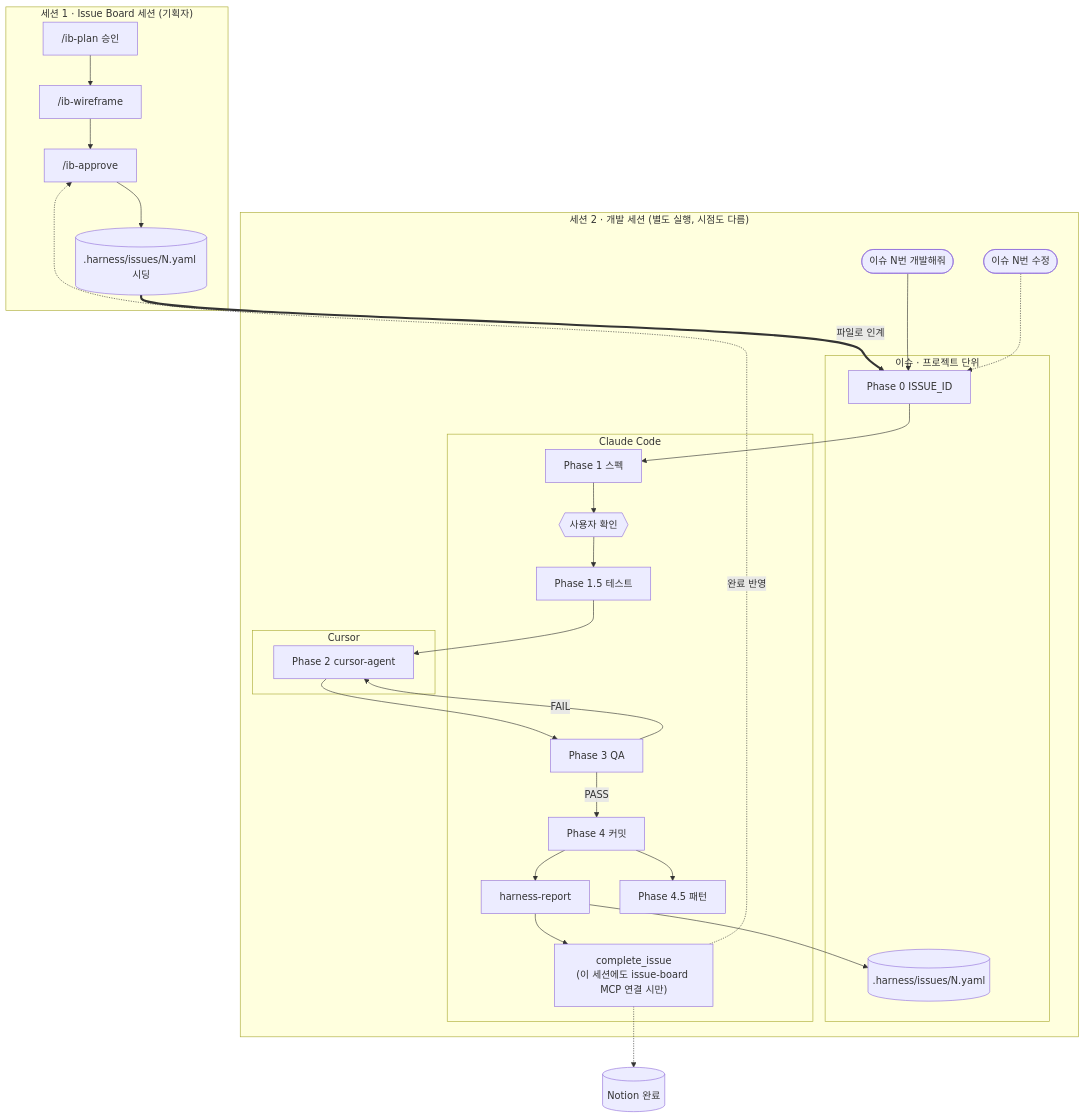
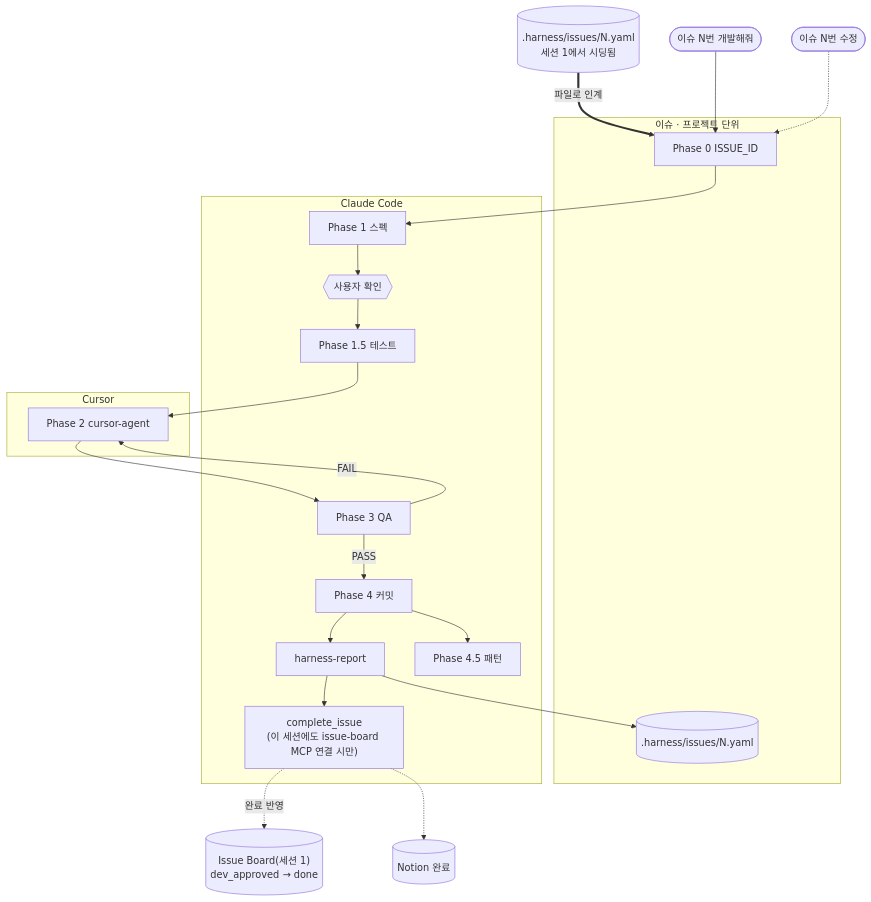
One commit to LEEHEEWON123/harness_build changed the second of 2 diagrams in README.md. Above: the diagram before and after it, drawn with Mermaid. The commit also changed other lines of this file and 5 other files, not shown here.

First line of the commit message:
feat: 루트 start:all 스크립트로 이슈보드/mcp/pattern-viewer 동시 기동

````diff
--- a/README.md
+++ b/README.md
@@ -42,39 +54,30 @@
 ```mermaid
 flowchart TB
-  subgraph S1["세션 1 · Issue Board 세션 (기획자)"]
-    IBP["/ib-plan 승인"] --> IBW["/ib-wireframe"] --> IBA["/ib-approve"]
-    IBA --> SEED[(".harness/issues/N.yaml 시딩")]
+  SEED[(".harness/issues/N.yaml<br/>세션 1에서 시딩됨")] ==파일로 인계==> P0
+  START(["이슈 N번 개발해줘"]) --> P0
+  subgraph ISSUE["이슈 · 프로젝트 단위"]
+    P0[Phase 0 ISSUE_ID]
+    STORE[(.harness/issues/N.yaml)]
   end
-
-  SEED ==파일로 인계==> P0
-
-  subgraph S2["세션 2 · 개발 세션 (별도 실행, 시점도 다름)"]
-    START(["이슈 N번 개발해줘"]) --> P0
-    subgraph ISSUE["이슈 · 프로젝트 단위"]
-      P0[Phase 0 ISSUE_ID]
-      STORE[(.harness/issues/N.yaml)]
-    end
-    subgraph CLAUDE[Claude Code]
-      P1[Phase 1 스펙]
-      GATE{{사용자 확인}}
-      P15[Phase 1.5 테스트]
-      P3[Phase 3 QA]
-      P4[Phase 4 커밋]
-      REP[harness-report]
-      DONE["complete_issue<br/>(이 세션에도 issue-board MCP 연결 시만)"]
-      P45[Phase 4.5 패턴]
-    end
-    subgraph CURSOR[Cursor]
-      P2[Phase 2 cursor-agent]
-    end
-    P0 --> P1 --> GATE --> P15 --> P2 --> P3
-    P3 -->|PASS| P4 --> REP --> STORE
-    P3 -->|FAIL| P2
-    REP --> DONE
-    P4 --> P45
-    AMEND([이슈 N번 수정]) -.-> P0
+  subgraph CLAUDE[Claude Code]
+    P1[Phase 1 스펙]
+    GATE{{사용자 확인}}
+    P15[Phase 1.5 테스트]
+    P3[Phase 3 QA]
+    P4[Phase 4 커밋]
+    REP[harness-report]
+    DONE["complete_issue<br/>(이 세션에도 issue-board MCP 연결 시만)"]
+    P45[Phase 4.5 패턴]
   end
-
-  DONE -.완료 반영.-> IBA
+  subgraph CURSOR[Cursor]
+    P2[Phase 2 cursor-agent]
+  end
+  P0 --> P1 --> GATE --> P15 --> P2 --> P3
+  P3 -->|PASS| P4 --> REP --> STORE
+  P3 -->|FAIL| P2
+  REP --> DONE
+  P4 --> P45
+  AMEND([이슈 N번 수정]) -.-> P0
+  DONE -.완료 반영.-> IB[("Issue Board(세션 1)<br/>dev_approved → done")]
   DONE -.-> NOTION[("Notion 완료")]
 ```
````
